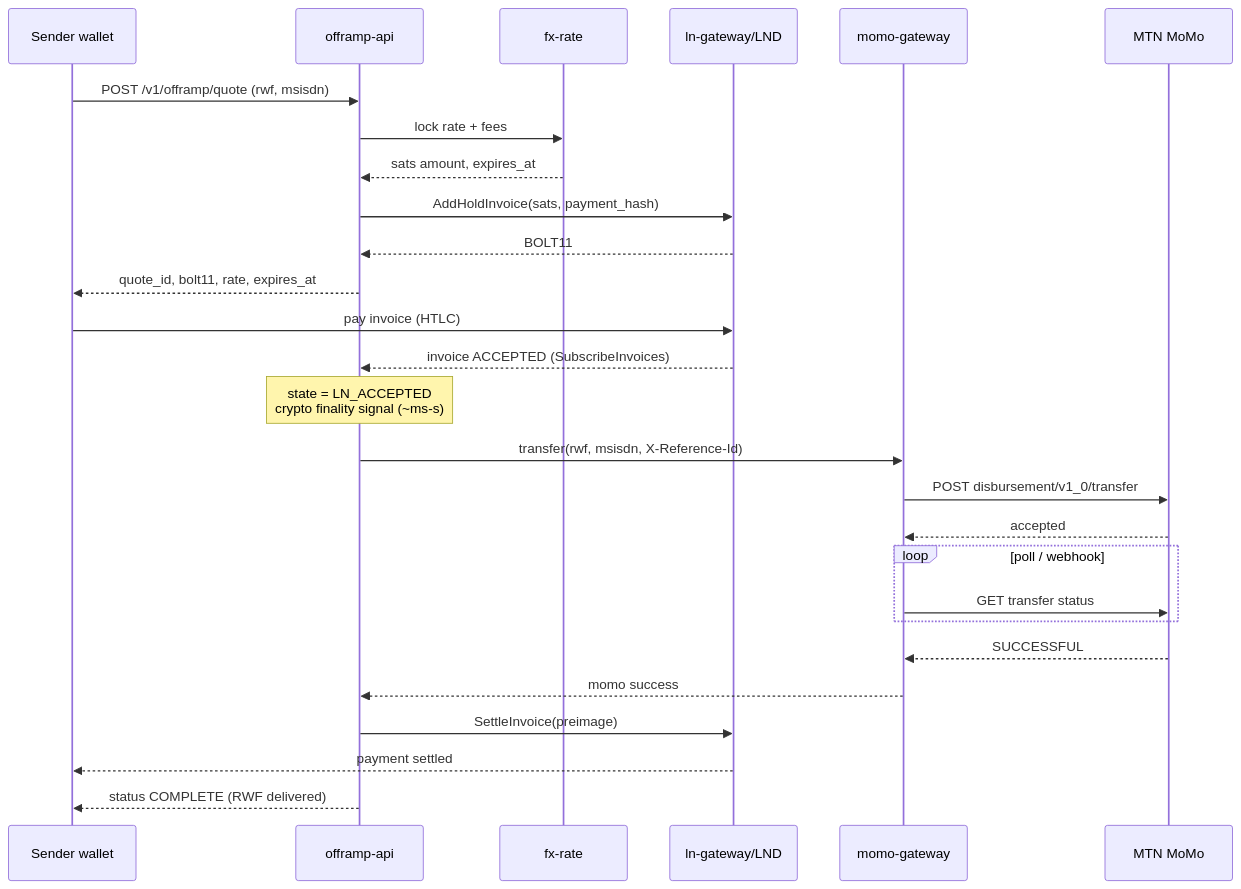
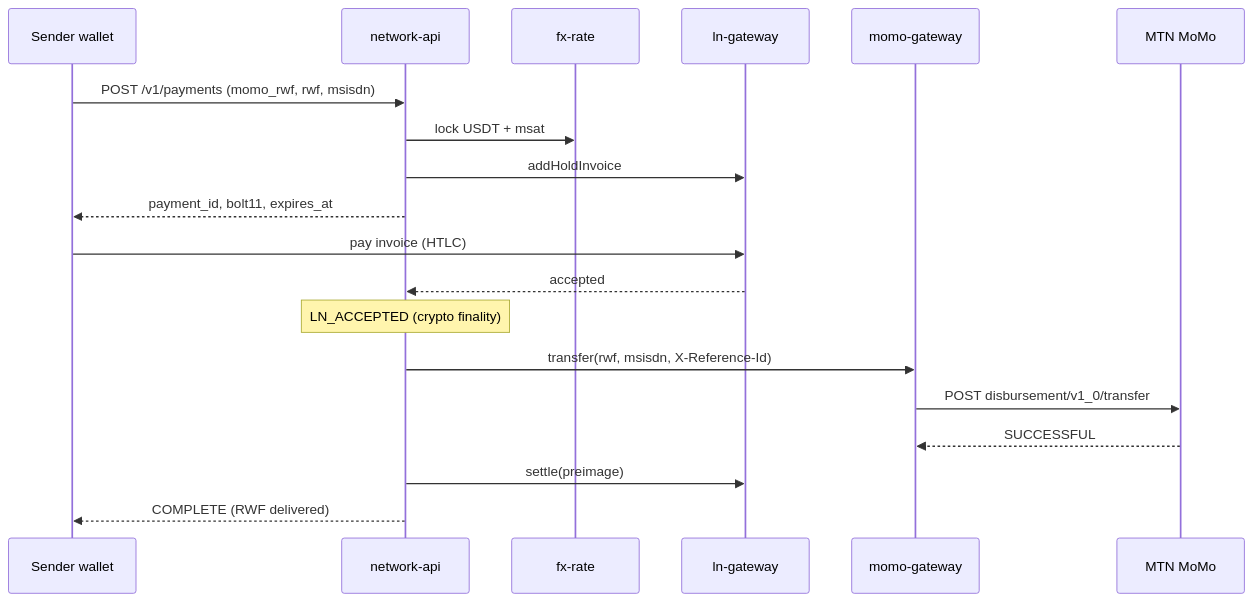
The diagram in docs/OFFRAMP_FLOW.md (0xJonaseb11/lnd.payment.gateway), drawn with Mermaid before and after one commit. The commit also changed other lines of this file and 19 other files, not shown here.

Commit message:
[update]: payment network blueprint

````diff
--- a/docs/OFFRAMP_FLOW.md
+++ b/docs/OFFRAMP_FLOW.md
@@ -15,32 +7,24 @@
 ```mermaid
 sequenceDiagram
   participant W as Sender wallet
-  participant API as offramp-api
+  participant API as network-api
   participant FX as fx-rate
-  participant LN as ln-gateway/LND
+  participant LN as ln-gateway
   participant MM as momo-gateway
   participant MoMo as MTN MoMo
 
-  W->>API: POST /v1/offramp/quote (rwf, msisdn)
-  API->>FX: lock rate + fees
-  FX-->>API: sats amount, expires_at
-  API->>LN: AddHoldInvoice(sats, payment_hash)
-  LN-->>API: BOLT11
-  API-->>W: quote_id, bolt11, rate, expires_at
+  W->>API: POST /v1/payments (momo_rwf, rwf, msisdn)
+  API->>FX: lock USDT + msat
+  API->>LN: addHoldInvoice
+  API-->>W: payment_id, bolt11, expires_at
 
   W->>LN: pay invoice (HTLC)
-  LN-->>API: invoice ACCEPTED (SubscribeInvoices)
-  Note over API: state = LN_ACCEPTED<br/>crypto finality signal (~ms-s)
+  LN-->>API: accepted
+  Note over API: LN_ACCEPTED (crypto finality)
 
   API->>MM: transfer(rwf, msisdn, X-Reference-Id)
   MM->>MoMo: POST disbursement/v1_0/transfer
-  MoMo-->>MM: accepted
-  loop poll / webhook
-    MM->>MoMo: GET transfer status
-  end
   MoMo-->>MM: SUCCESSFUL
-  MM-->>API: momo success
-  API->>LN: SettleInvoice(preimage)
-  LN-->>W: payment settled
-  API-->>W: status COMPLETE (RWF delivered)
+  API->>LN: settle(preimage)
+  API-->>W: COMPLETE (RWF delivered)
 ```
````
